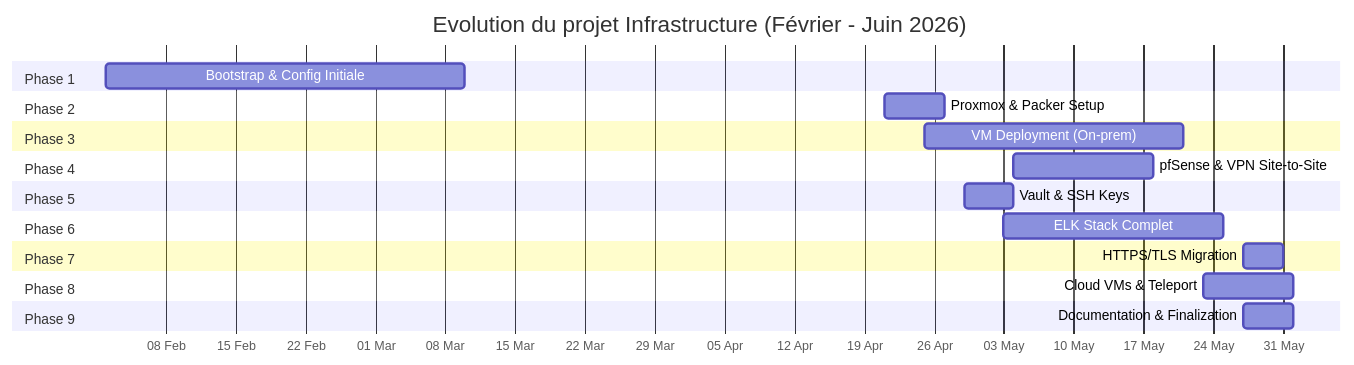
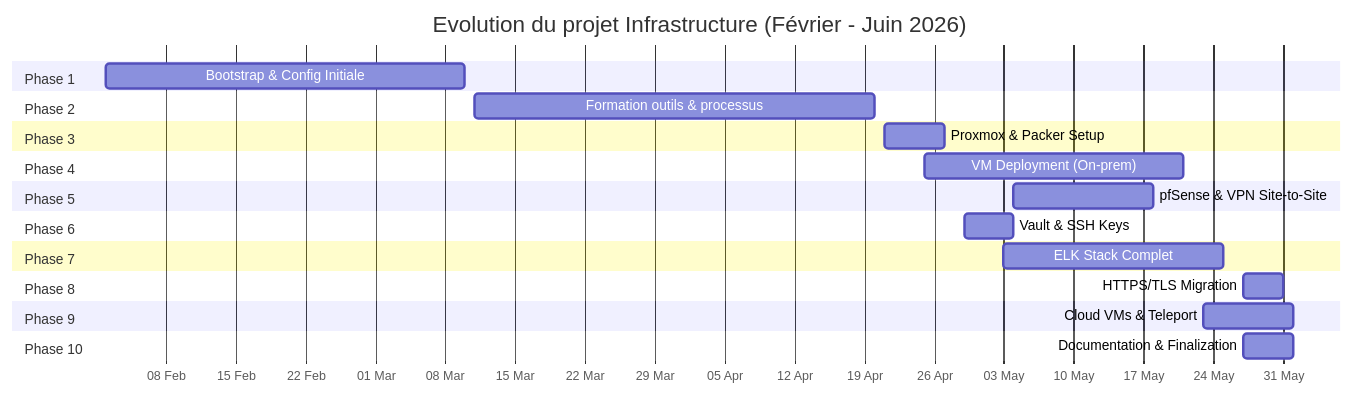
Before and after one commit to DGSI-Epitech/infra: the diagram in docs/PROJECT_TIMELINE.md, drawn with Mermaid. The commit also changed other lines of this file, not shown here.

Commit message:
update-docs: rework timeline

````diff
--- a/docs/PROJECT_TIMELINE.md
+++ b/docs/PROJECT_TIMELINE.md
@@ -5,33 +5,36 @@
 ```mermaid
 gantt
     title Evolution du projet Infrastructure (Février - Juin 2026)
     dateFormat YYYY-MM-DD
     axisFormat %d %b
     
     section Phase 1
     Bootstrap & Config Initiale :bootstrap, 2026-02-02, 2026-03-10
     
     section Phase 2
+    Formation outils & processus :training, 2026-03-11, 2026-04-20
+
+    section Phase 3
     Proxmox & Packer Setup :packer, 2026-04-21, 2026-04-27
     
-    section Phase 3
+    section Phase 4
     VM Deployment (On-prem) :vm_onprem, 2026-04-25, 2026-05-21
     
-    section Phase 4
+    section Phase 5
     pfSense & VPN Site-to-Site :pfsense, 2026-05-04, 2026-05-18
     
-    section Phase 5
+    section Phase 6
     Vault & SSH Keys :vault, 2026-04-29, 2026-05-04
     
-    section Phase 6
+    section Phase 7
     ELK Stack Complet :elk, 2026-05-03, 2026-05-25
     
-    section Phase 7
+    section Phase 8
     HTTPS/TLS Migration :https, 2026-05-27, 2026-05-31
     
-    section Phase 8
+    section Phase 9
     Cloud VMs & Teleport :cloud, 2026-05-23, 2026-06-01
     
-    section Phase 9
+    section Phase 10
     Documentation & Finalization :docs, 2026-05-27, 2026-06-01
 ```
````
